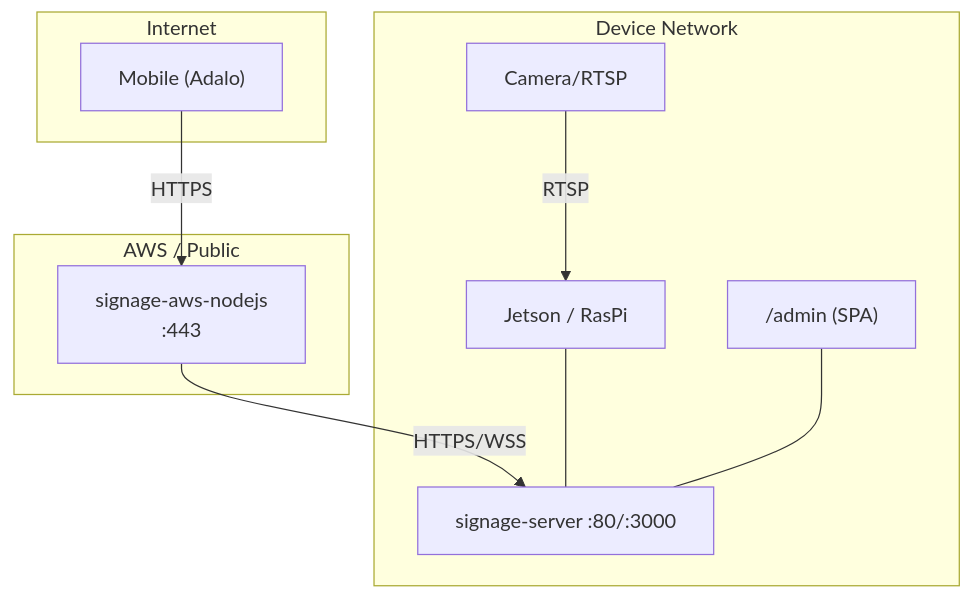
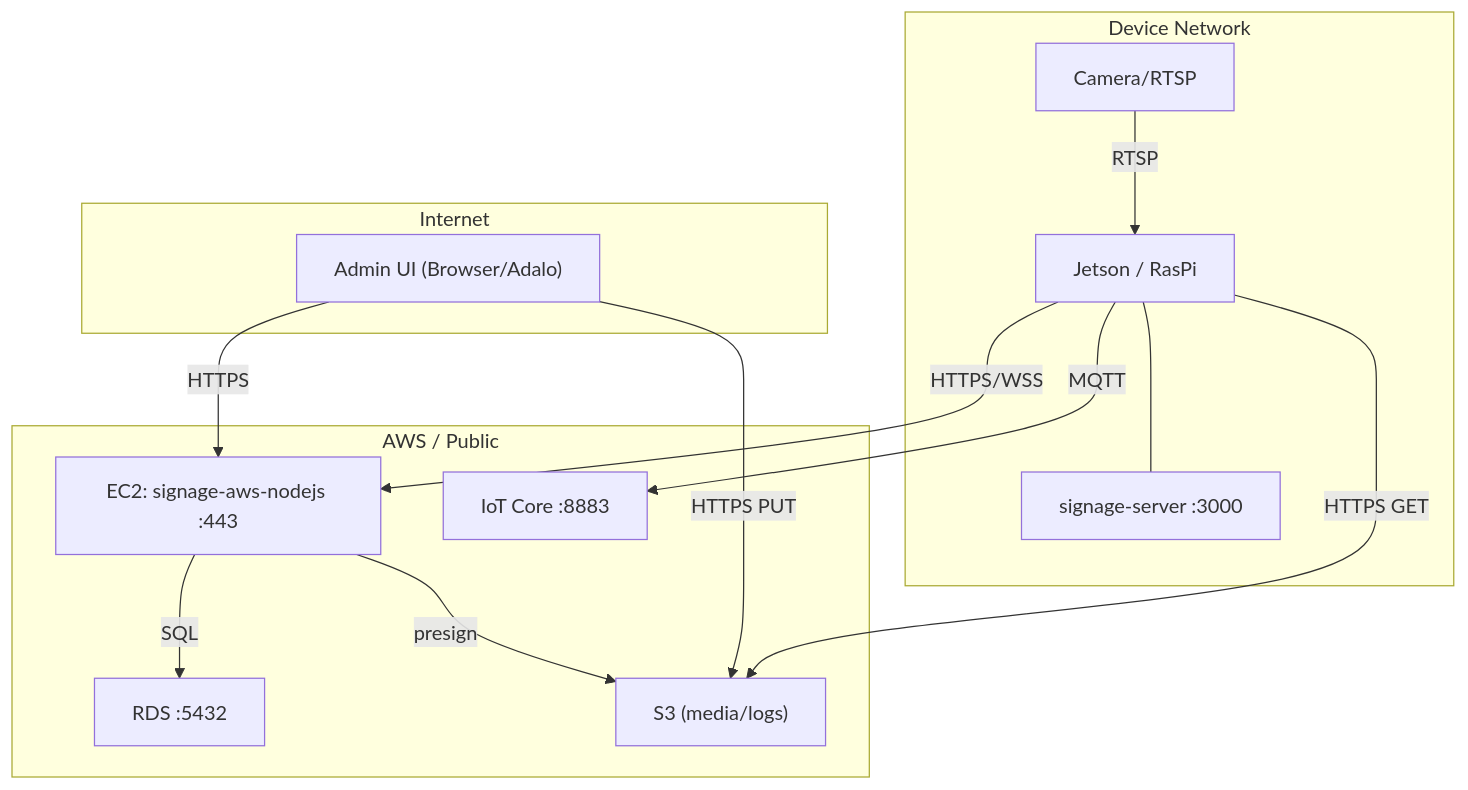
One commit to tstaisyu/xignage-docs changed the second of 6 diagrams in docs/architecture/index.md. Above: the diagram before and after it, drawn with Mermaid. The commit also changed other lines of this file and 1 other file, not shown here.

First line of the commit message:
docs(architecture): refresh system overview diagrams for cloud-canonical stack

````diff
--- a/docs/architecture/index.md
+++ b/docs/architecture/index.md
@@ -67,23 +71,29 @@
 ```mermaid
 flowchart TB
-  subgraph Internet
-    User["Mobile (Adalo)"]
+  subgraph Internet["Internet"]
+    User["Admin UI (Browser/Adalo)"]
   end
 
   subgraph Cloud["AWS / Public"]
-    API["signage-aws-nodejs\n:443"]
+    API["EC2: signage-aws-nodejs :443"]
+    RDS["RDS :5432"]
+    S3["S3 (media/logs)"]
+    IoT["IoT Core :8883"]
   end
 
   subgraph StoreLAN["Device Network"]
     Dev["Jetson / RasPi"]
-    LocalSrv["signage-server :80/:3000"]
-    Admin["/admin (SPA)"]
+    LocalSrv["signage-server :3000"]
     Cam["Camera/RTSP"]
   end
 
   User -- "HTTPS" --> API
-  API -- "HTTPS/WSS" --> LocalSrv
+  API -- "SQL" --> RDS
+  API -- "presign" --> S3
+  User -- "HTTPS PUT" --> S3
+  Dev -- "HTTPS/WSS" --> API
+  Dev -- "HTTPS GET" --> S3
+  Dev -- "MQTT" --> IoT
   Dev --- LocalSrv
   Cam -- "RTSP" --> Dev
-  Admin --- LocalSrv
 ```
````
